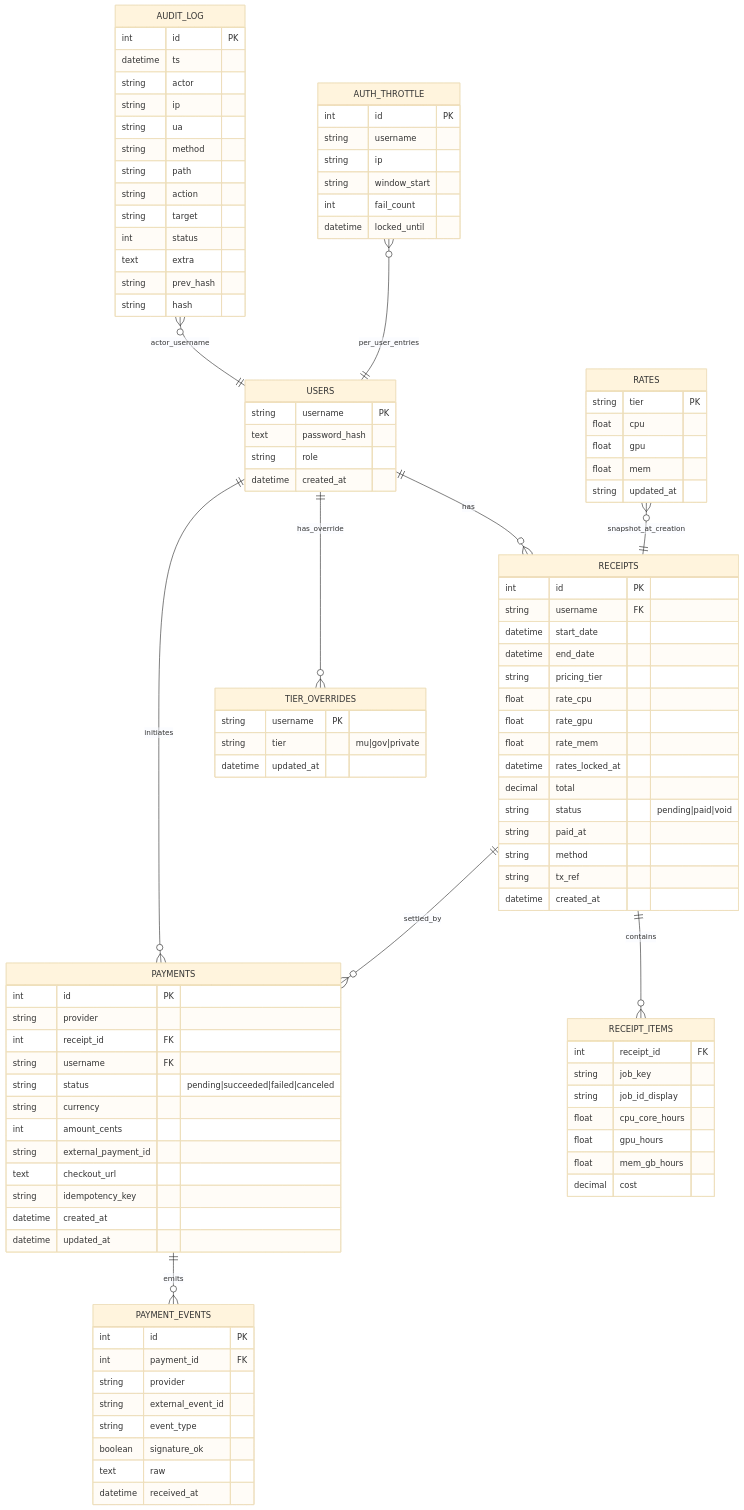
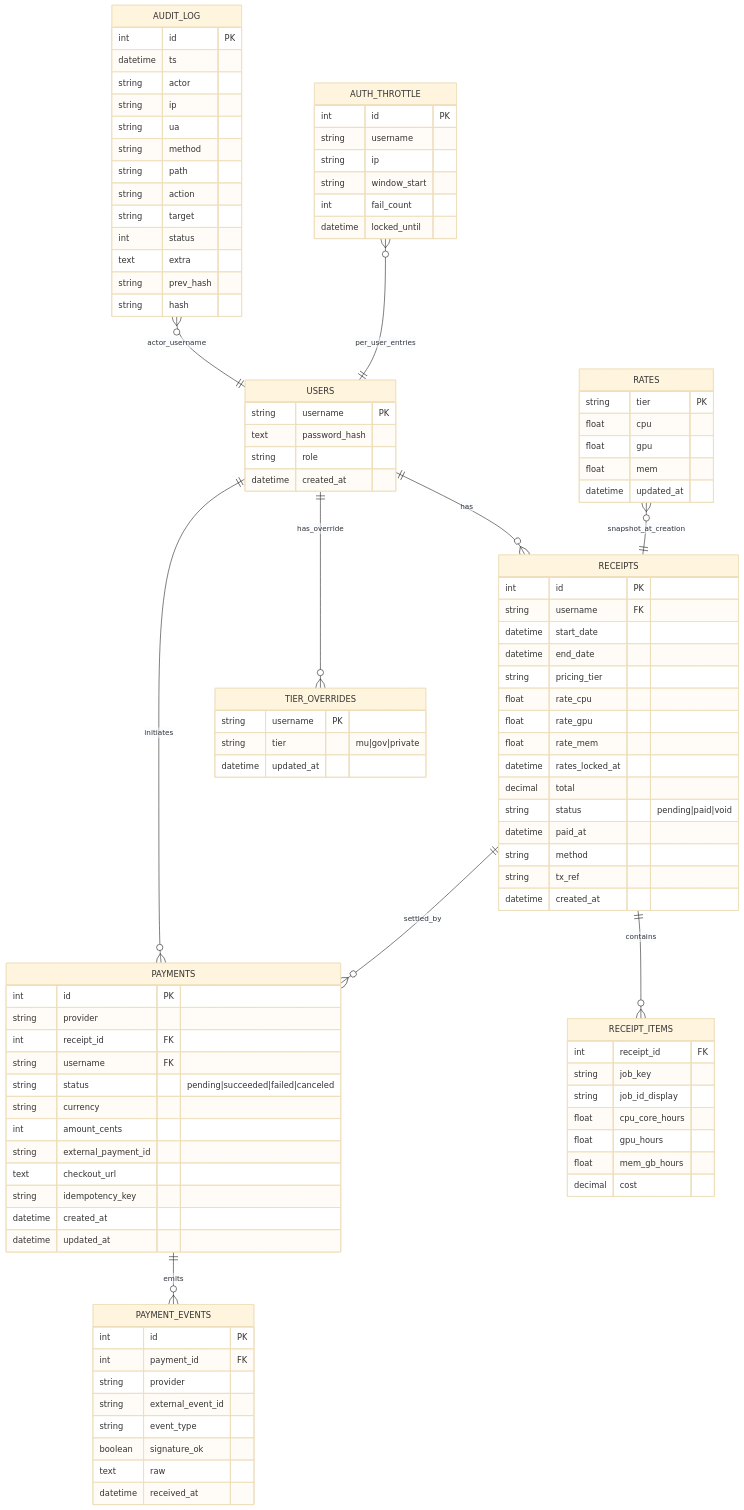
The first of 4 diagrams in docs/03-data-model.md (Purinat33/hpc_flask), drawn with Mermaid (base theme) before and after one commit. The commit also changed 2 other files, not shown here.

Commit message:
Minor Changes to docs

```diff
--- a/docs/03-data-model.md
+++ b/docs/03-data-model.md
@@ -30,7 +30,7 @@
     float  cpu
     float  gpu
     float  mem
-    string updated_at
+    datetime updated_at
   }
 
   RECEIPTS {
@@ -45,7 +45,7 @@
     datetime rates_locked_at
     decimal total
     string status        "pending|paid|void"
-    string paid_at
+    datetime paid_at
     string method
     string tx_ref
     datetime created_at
```
